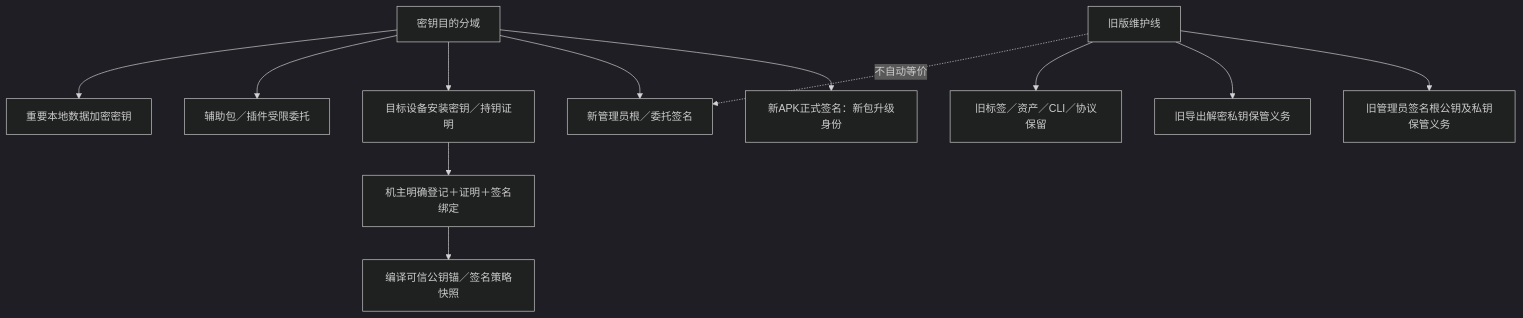
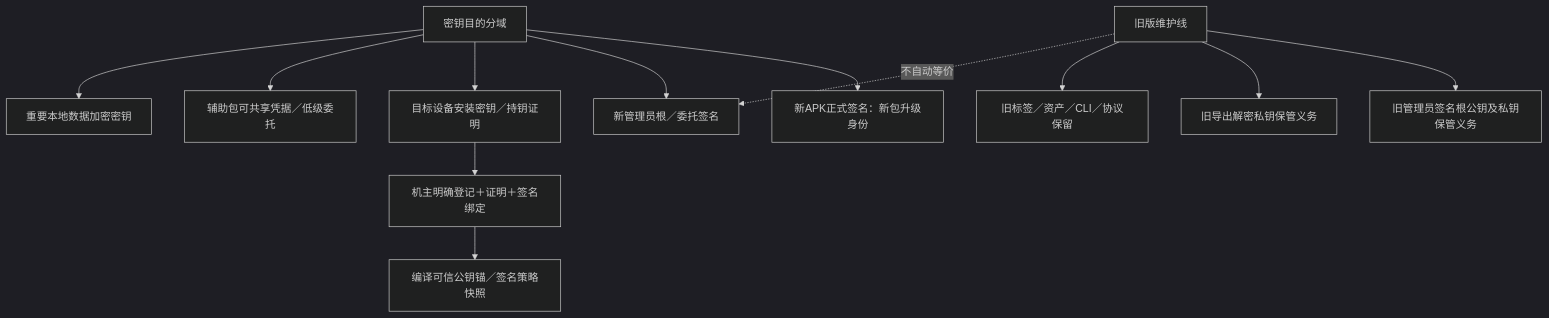
One commit to 13513208952/ReBrowser changed the first of 2 diagrams in planning/geckoview-v2/views/06-trust-and-release.md. Above: the diagram before and after it, drawn with Mermaid (dark theme). The commit also changed other lines of this file and 25 other files, not shown here.

````diff
--- a/planning/geckoview-v2/views/06-trust-and-release.md
+++ b/planning/geckoview-v2/views/06-trust-and-release.md
@@ -3,14 +3,14 @@
 ```mermaid
 flowchart TB
   TRUST[密钥目的分域] --> APK[新APK正式签名：新包升级身份]
   TRUST --> ADMIN[新管理员根／委托签名]
   TRUST --> DEVICE[目标设备安装密钥／持钥证明]
-  TRUST --> PLUGIN[辅助包／插件受限委托]
+  TRUST --> PLUGIN[辅助包可共享凭据／低级委托]
   TRUST --> DATA[重要本地数据加密密钥]
   LEGACY[旧版维护线] --> OLDROOT[旧管理员签名根公钥及私钥保管义务]
   LEGACY --> EXPORT[旧导出解密私钥保管义务]
   LEGACY --> OLDAPP[旧标签／资产／CLI／协议保留]
   LEGACY -. 不自动等价 .-> ADMIN
   DEVICE --> ENROLL[机主明确登记＋证明＋签名绑定]
   ENROLL --> COMPILED[编译可信公钥锚／签名策略快照]
 ```
````
